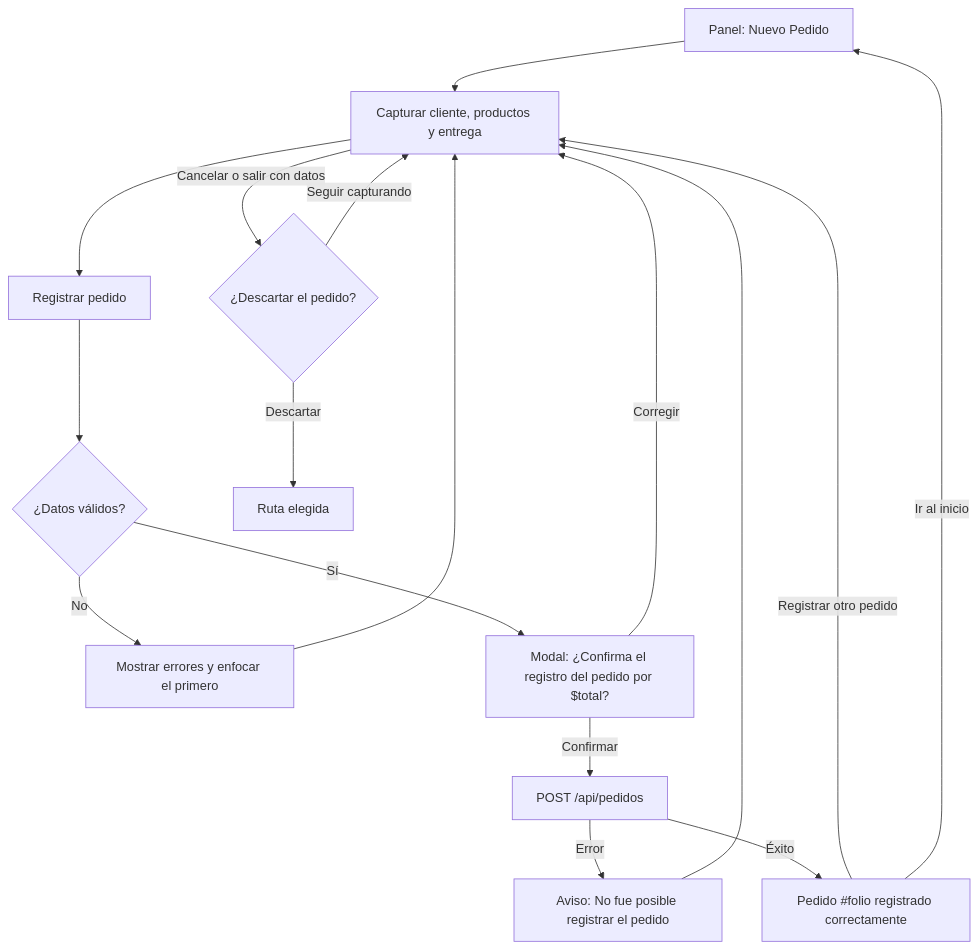
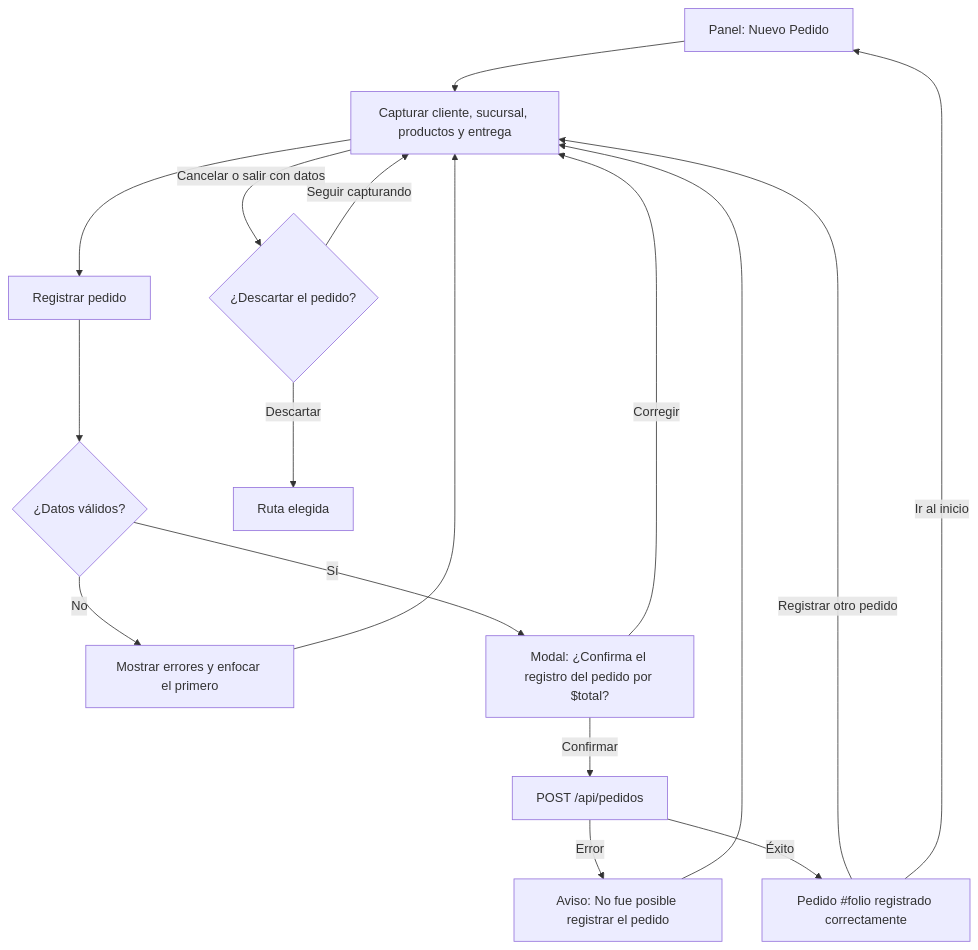
Before and after one commit to CibrianA04/GlobalFoods-Web: the second of 2 diagrams in FLUJO-APLICACION.md, drawn with Mermaid. The commit also changed other lines of this file and 12 other files, not shown here.

Commit message:
Nuevo Pedido con Clientes reales y selección de sucursal, busqueda ya utiliza la API

````diff
--- a/FLUJO-APLICACION.md
+++ b/FLUJO-APLICACION.md
@@ -84,17 +85,17 @@
 ```mermaid
 flowchart TD
-    A[Panel: Nuevo Pedido] --> B[Capturar cliente, productos y entrega]
+    A[Panel: Nuevo Pedido] --> B[Capturar cliente, sucursal, productos y entrega]
     B --> C[Registrar pedido]
     C --> D{"¿Datos válidos?"}
     D -- No --> E[Mostrar errores y enfocar el primero] --> B
     D -- Sí --> F["Modal: ¿Confirma el registro del pedido por $total?"]
     F -- Corregir --> B
     F -- Confirmar --> G[POST /api/pedidos]
     G -- Error --> H[Aviso: No fue posible registrar el pedido] --> B
     G -- Éxito --> I["Pedido #folio registrado correctamente"]
     I -- Registrar otro pedido --> B
     I -- Ir al inicio --> A
     B -- Cancelar o salir con datos --> J{"¿Descartar el pedido?"}
     J -- Seguir capturando --> B
     J -- Descartar --> K[Ruta elegida]
 ```
````
